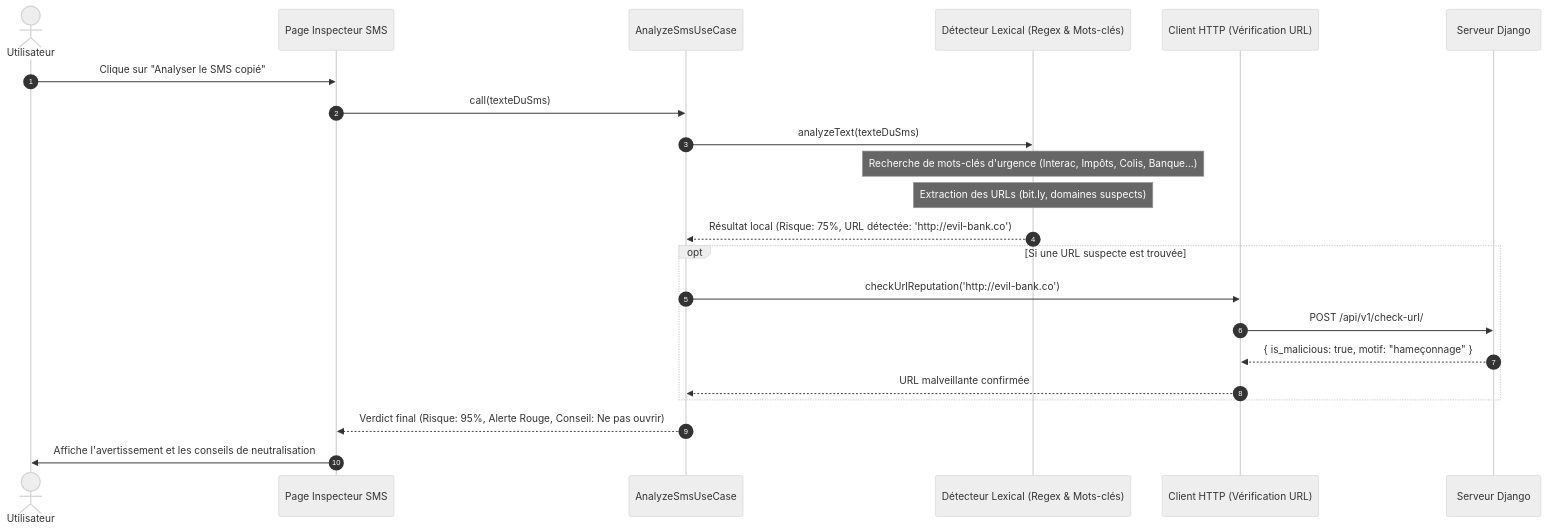
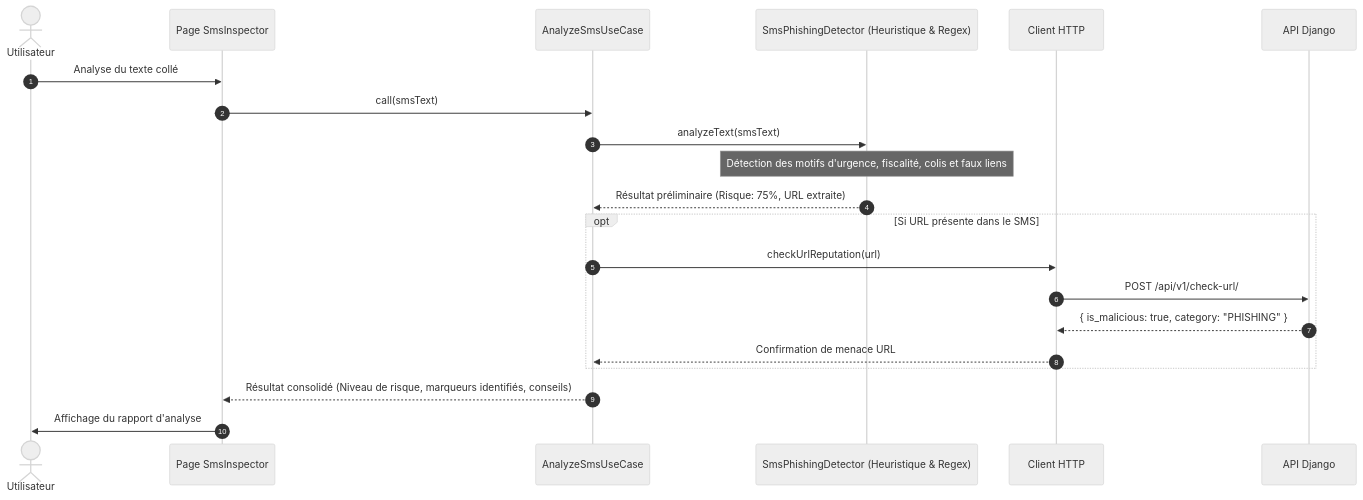
Before and after one commit to fadelilyas01/Projet-Synth-se: the sixth of 7 diagrams in docs/ARCHITECTURE_ET_CONCEPTION.md, drawn with Mermaid (neutral theme). The commit also changed other lines of this file and 13 other files, not shown here.

````diff
--- a/docs/ARCHITECTURE_ET_CONCEPTION.md
+++ b/docs/ARCHITECTURE_ET_CONCEPTION.md
@@ -339,29 +332,27 @@
 ```mermaid
 sequenceDiagram
     autonumber
     actor Utilisateur as Utilisateur
-    participant UI as Page Inspecteur SMS
+    participant UI as Page SmsInspector
     participant UseCase as AnalyzeSmsUseCase
-    participant Detector as Détecteur Lexical (Regex & Mots-clés)
-    participant ApiService as Client HTTP (Vérification URL)
-    participant Backend as Serveur Django
+    participant Detector as SmsPhishingDetector (Heuristique & Regex)
+    participant ApiService as Client HTTP
+    participant Backend as API Django
 
-    Utilisateur->>UI: Clique sur "Analyser le SMS copié"
-    UI->>UseCase: call(texteDuSms)
+    Utilisateur->>UI: Analyse du texte collé
+    UI->>UseCase: call(smsText)
     
-    UseCase->>Detector: analyzeText(texteDuSms)
-    Note over Detector: Recherche de mots-clés d'urgence (Interac, Impôts, Colis, Banque...)
-    Note over Detector: Extraction des URLs (bit.ly, domaines suspects)
+    UseCase->>Detector: analyzeText(smsText)
+    Note over Detector: Détection des motifs d'urgence, fiscalité, colis et faux liens
+    Detector-->>UseCase: Résultat préliminaire (Risque: 75%, URL extraite)
     
-    Detector-->>UseCase: Résultat local (Risque: 75%, URL détectée: 'http://evil-bank.co')
-    
-    opt Si une URL suspecte est trouvée
-        UseCase->>ApiService: checkUrlReputation('http://evil-bank.co')
+    opt Si URL présente dans le SMS
+        UseCase->>ApiService: checkUrlReputation(url)
         ApiService->>Backend: POST /api/v1/check-url/
-        Backend-->>ApiService: { is_malicious: true, motif: "hameçonnage" }
-        ApiService-->>UseCase: URL malveillante confirmée
+        Backend-->>ApiService: { is_malicious: true, category: "PHISHING" }
+        ApiService-->>UseCase: Confirmation de menace URL
     end
     
-    UseCase-->>UI: Verdict final (Risque: 95%, Alerte Rouge, Conseil: Ne pas ouvrir)
-    UI->>Utilisateur: Affiche l'avertissement et les conseils de neutralisation
+    UseCase-->>UI: Résultat consolidé (Niveau de risque, marqueurs identifiés, conseils)
+    UI->>Utilisateur: Affichage du rapport d'analyse
 ```
````
